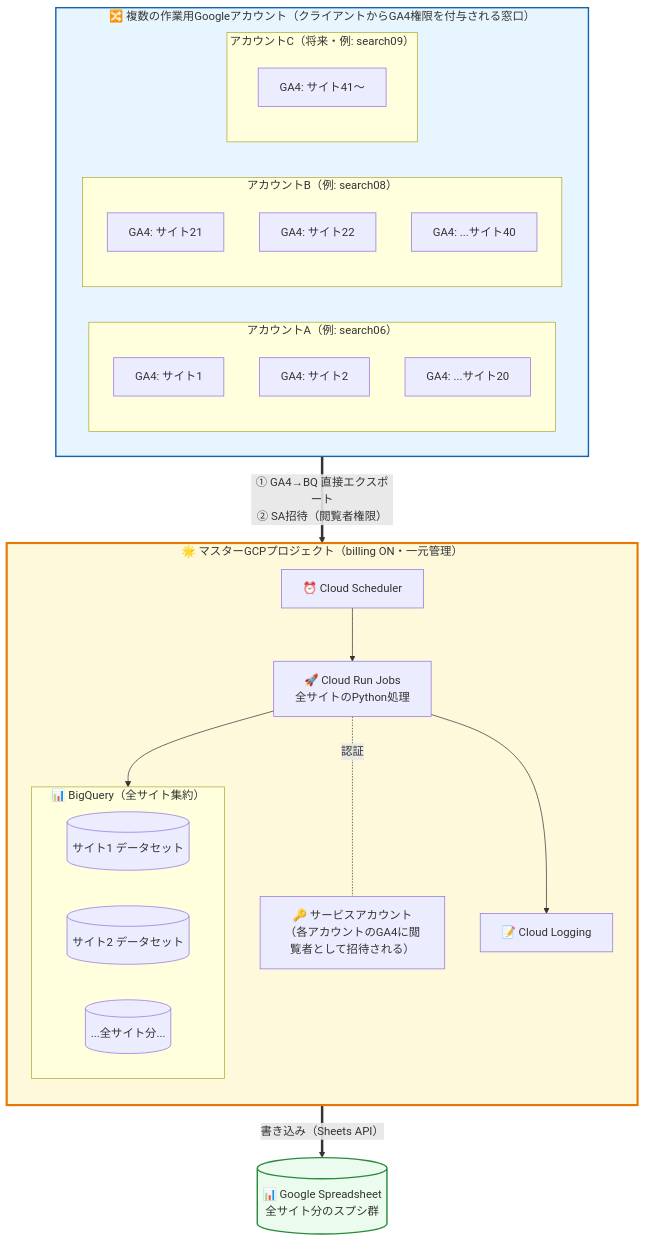
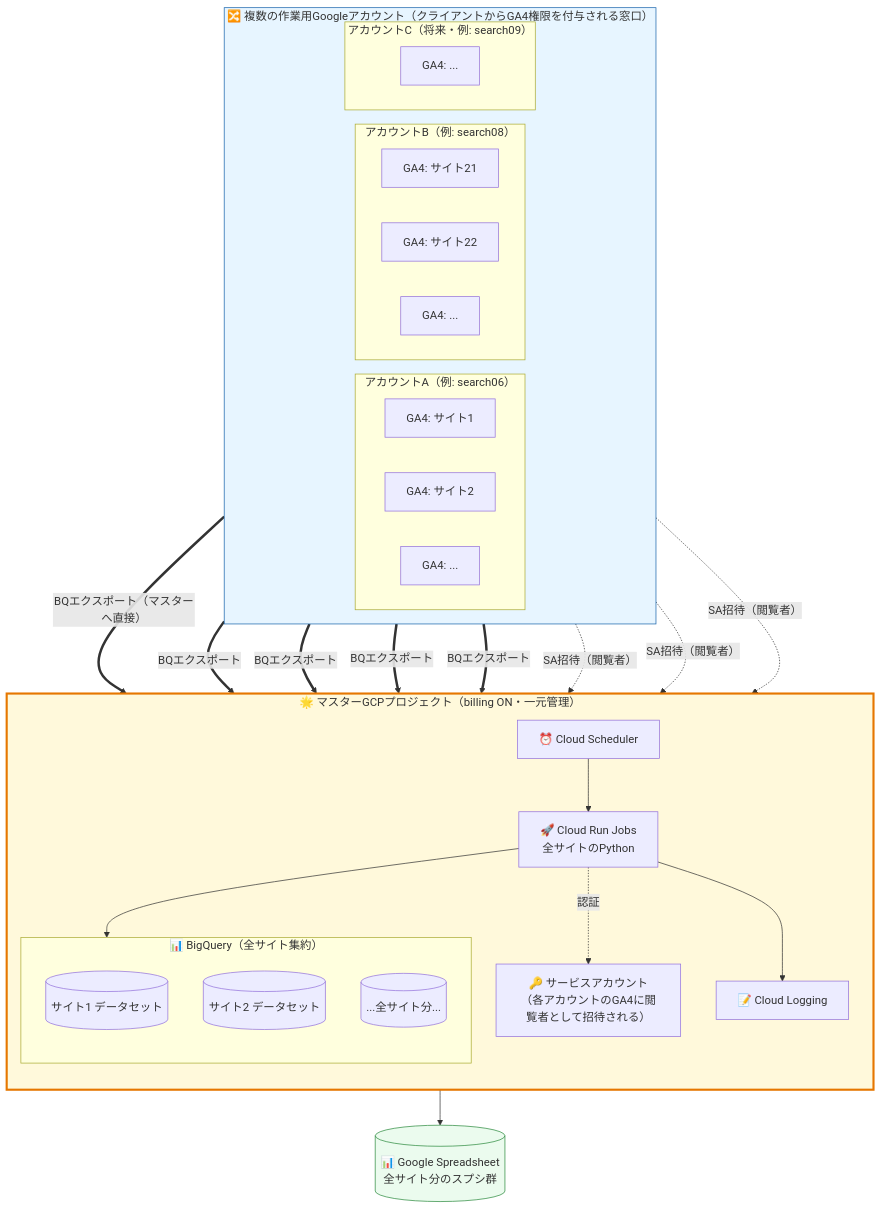
One commit to itakura-t-hue/claude changed the sixth of 8 diagrams in tools/seo-dashboard/setup_guide_generic.md. Above: the diagram before and after it, drawn with Mermaid.

Commit message:
setup_guide_generic: D-2構成図を元の詳細版に戻しつつ縦積み維持
簡素化しすぎた前回を撤回し、元の細かい矢印（GA4個別→DS個別のBQエクスポート5本、各アカウント→SAの招待3本）を完全復元。
縦積みを維持するための最小限の修正のみ：
- MSA→AcctX の上向き矢印3本を AcctX→MSA の下向き矢印に反転
- MCR-.-MSA の無向点線を MCR-.->MSA の有向に統一

これで全ての矢印が下向き or サブグラフ内で閉じるため、Accounts→Master→SHEETが確実に縦に積まれる。

````diff
--- a/tools/seo-dashboard/setup_guide_generic.md
+++ b/tools/seo-dashboard/setup_guide_generic.md
@@ -1024,50 +1024,54 @@
 ```mermaid
 flowchart TB
     subgraph Accounts["🔀 複数の作業用Googleアカウント（クライアントからGA4権限を付与される窓口）"]
         direction LR
         subgraph AcctA["アカウントA（例: search06）"]
-            direction TB
             GA4_A1[GA4: サイト1]
             GA4_A2[GA4: サイト2]
-            GA4_A3[GA4: ...サイト20]
+            GA4_A3[GA4: ...]
         end
         subgraph AcctB["アカウントB（例: search08）"]
-            direction TB
             GA4_B1[GA4: サイト21]
             GA4_B2[GA4: サイト22]
-            GA4_B3[GA4: ...サイト40]
+            GA4_B3[GA4: ...]
         end
         subgraph AcctC["アカウントC（将来・例: search09）"]
-            direction TB
-            GA4_C1[GA4: サイト41〜]
+            GA4_C1[GA4: ...]
         end
     end
 
     subgraph Master["🌟 マスターGCPプロジェクト（billing ON・一元管理）"]
         direction TB
         MSCHED["⏰ Cloud Scheduler"]
-        MCR["🚀 Cloud Run Jobs<br/>全サイトのPython処理"]
+        MCR["🚀 Cloud Run Jobs<br/>全サイトのPython"]
         MSA["🔑 サービスアカウント<br/>（各アカウントのGA4に閲覧者として招待される）"]
         subgraph MBQ["📊 BigQuery（全サイト集約）"]
-            direction LR
             DS1[(サイト1 データセット)]
             DS2[(サイト2 データセット)]
             DSN[(...全サイト分...)]
         end
         MLOG["📝 Cloud Logging"]
-
-        MSCHED --> MCR
-        MCR -. "認証" .- MSA
-        MCR --> MBQ
-        MCR --> MLOG
     end
 
     SHEET[("📊 Google Spreadsheet<br/>全サイト分のスプシ群")]
 
-    Accounts == "① GA4→BQ 直接エクスポート<br/>② SA招待（閲覧者権限）" ==> Master
-    Master == "書き込み（Sheets API）" ==> SHEET
+    GA4_A1 == "BQエクスポート（マスターへ直接）" ==> DS1
+    GA4_A2 == "BQエクスポート" ==> DS2
+    GA4_B1 == "BQエクスポート" ==> DSN
+    GA4_B2 == "BQエクスポート" ==> DSN
+    GA4_C1 == "BQエクスポート" ==> DSN
 
-    style Accounts fill:#e7f5ff,stroke:#1864ab,stroke-width:2px
+    AcctA -. "SA招待（閲覧者）" .-> MSA
+    AcctB -. "SA招待（閲覧者）" .-> MSA
+    AcctC -. "SA招待（閲覧者）" .-> MSA
+
+    MSCHED --> MCR
+    MCR -. "認証" .-> MSA
+    MCR --> MBQ
+    MCR --> SHEET
+    MCR --> MLOG
+
     style Master fill:#fff9db,stroke:#e67700,stroke-width:3px
-    style SHEET fill:#ebfbee,stroke:#2b8a3e,stroke-width:2px
+    style Accounts fill:#e7f5ff,stroke:#1864ab
+    style SHEET fill:#ebfbee,stroke:#2b8a3e
 ```
````
